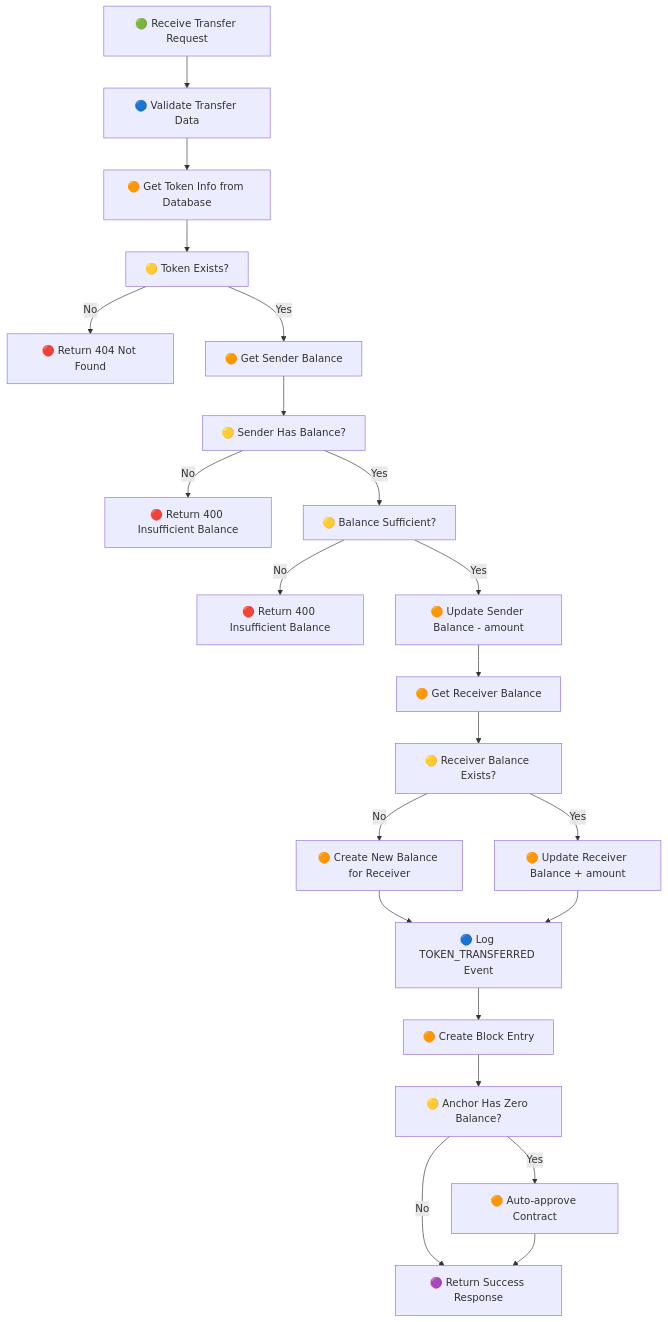
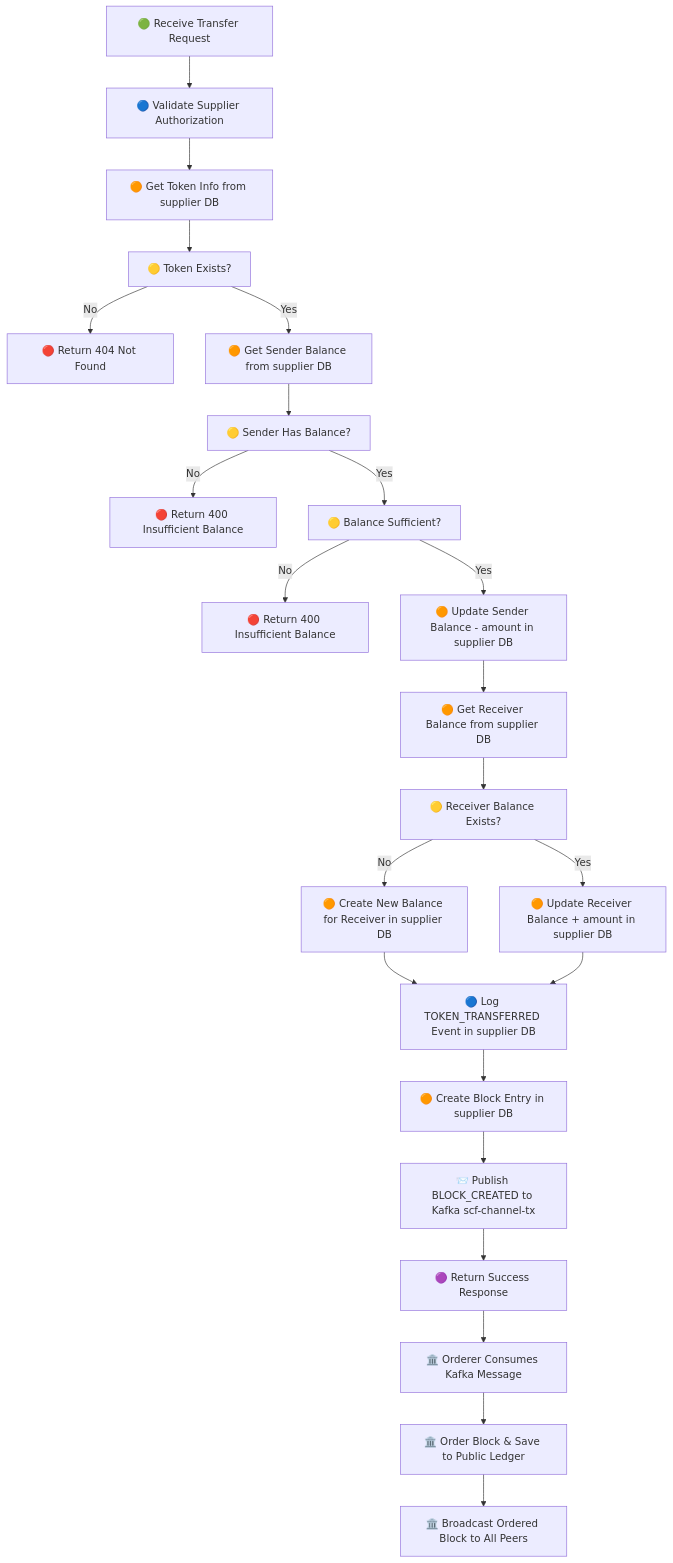
The fourth of 19 diagrams in API_Flow_Diagrams.md (trunghc97/blockchain), drawn with Mermaid before and after one commit. The commit also changed other lines of this file and 4 other files, not shown here.

````diff
--- a/API_Flow_Diagrams.md
+++ b/API_Flow_Diagrams.md
@@ -78,24 +112,26 @@
 ```mermaid
 flowchart TD
-    A[🟢 Receive Transfer Request] --> B[🔵 Validate Transfer Data]
-    B --> C[🟠 Get Token Info from Database]
+    A[🟢 Receive Transfer Request] --> B[🔵 Validate Supplier Authorization]
+    B --> C[🟠 Get Token Info from supplier DB]
     C --> D[🟡 Token Exists?]
     D -->|No| E[🔴 Return 404 Not Found]
-    D -->|Yes| F[🟠 Get Sender Balance]
+    D -->|Yes| F[🟠 Get Sender Balance from supplier DB]
     F --> G[🟡 Sender Has Balance?]
     G -->|No| H[🔴 Return 400 Insufficient Balance]
     G -->|Yes| I[🟡 Balance Sufficient?]
     I -->|No| J[🔴 Return 400 Insufficient Balance]
-    I -->|Yes| K[🟠 Update Sender Balance - amount]
-    K --> L[🟠 Get Receiver Balance]
+    I -->|Yes| K[🟠 Update Sender Balance - amount in supplier DB]
+    K --> L[🟠 Get Receiver Balance from supplier DB]
     L --> M[🟡 Receiver Balance Exists?]
-    M -->|No| N[🟠 Create New Balance for Receiver]
-    M -->|Yes| O[🟠 Update Receiver Balance + amount]
-    N --> P[🔵 Log TOKEN_TRANSFERRED Event]
+    M -->|No| N[🟠 Create New Balance for Receiver in supplier DB]
+    M -->|Yes| O[🟠 Update Receiver Balance + amount in supplier DB]
+    N --> P[🔵 Log TOKEN_TRANSFERRED Event in supplier DB]
     O --> P
-    P --> Q[🟠 Create Block Entry]
-    Q --> R[🟡 Anchor Has Zero Balance?]
-    R -->|Yes| S[🟠 Auto-approve Contract]
-    R -->|No| T[🟣 Return Success Response]
-    S --> T
+    P --> Q[🟠 Create Block Entry in supplier DB]
+    Q --> R[📨 Publish BLOCK_CREATED to Kafka scf-channel-tx]
+    R --> S[🟣 Return Success Response]
+
+    S --> T[🏛️ Orderer Consumes Kafka Message]
+    T --> U[🏛️ Order Block & Save to Public Ledger]
+    U --> V[🏛️ Broadcast Ordered Block to All Peers]
 ```
````
